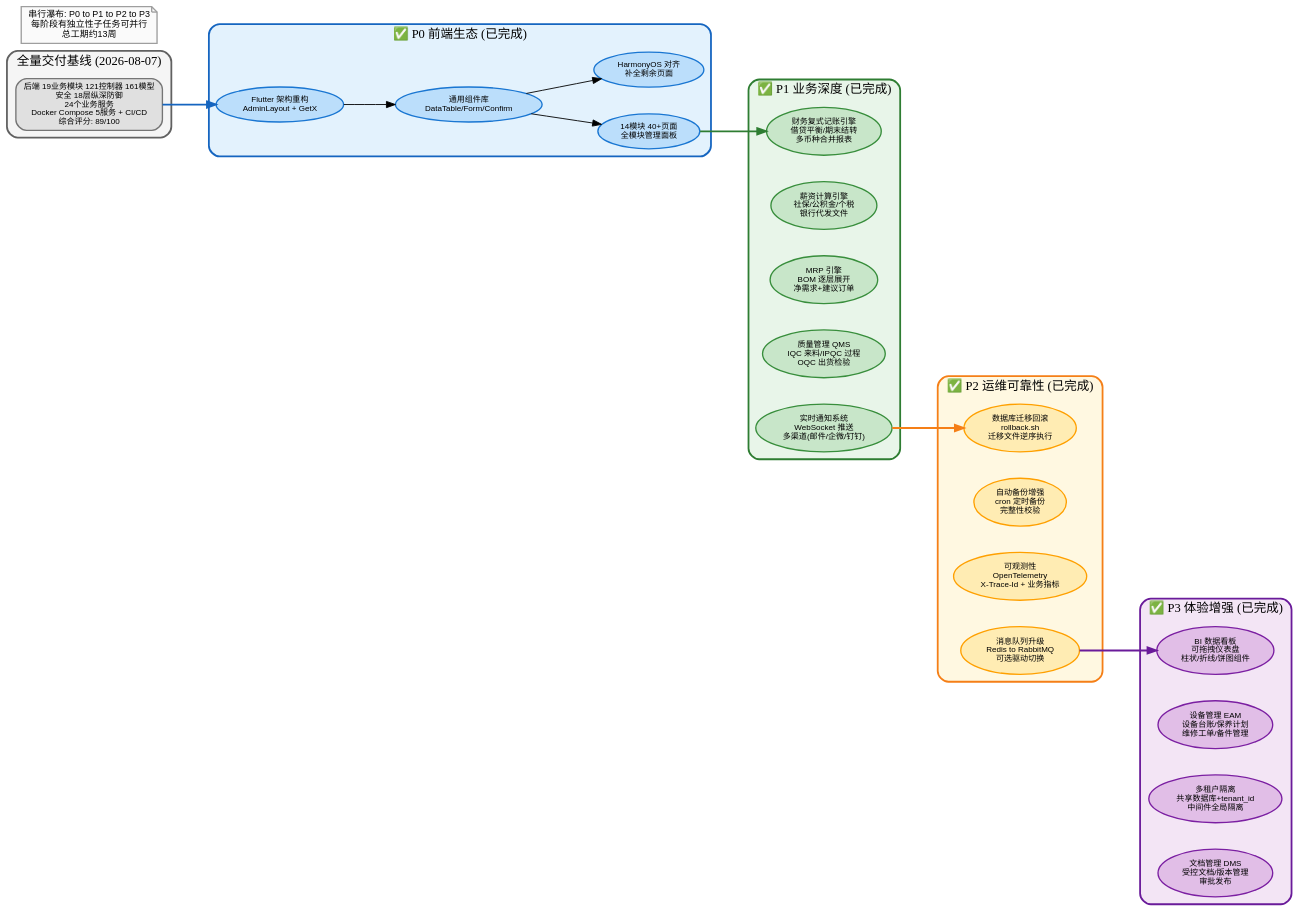
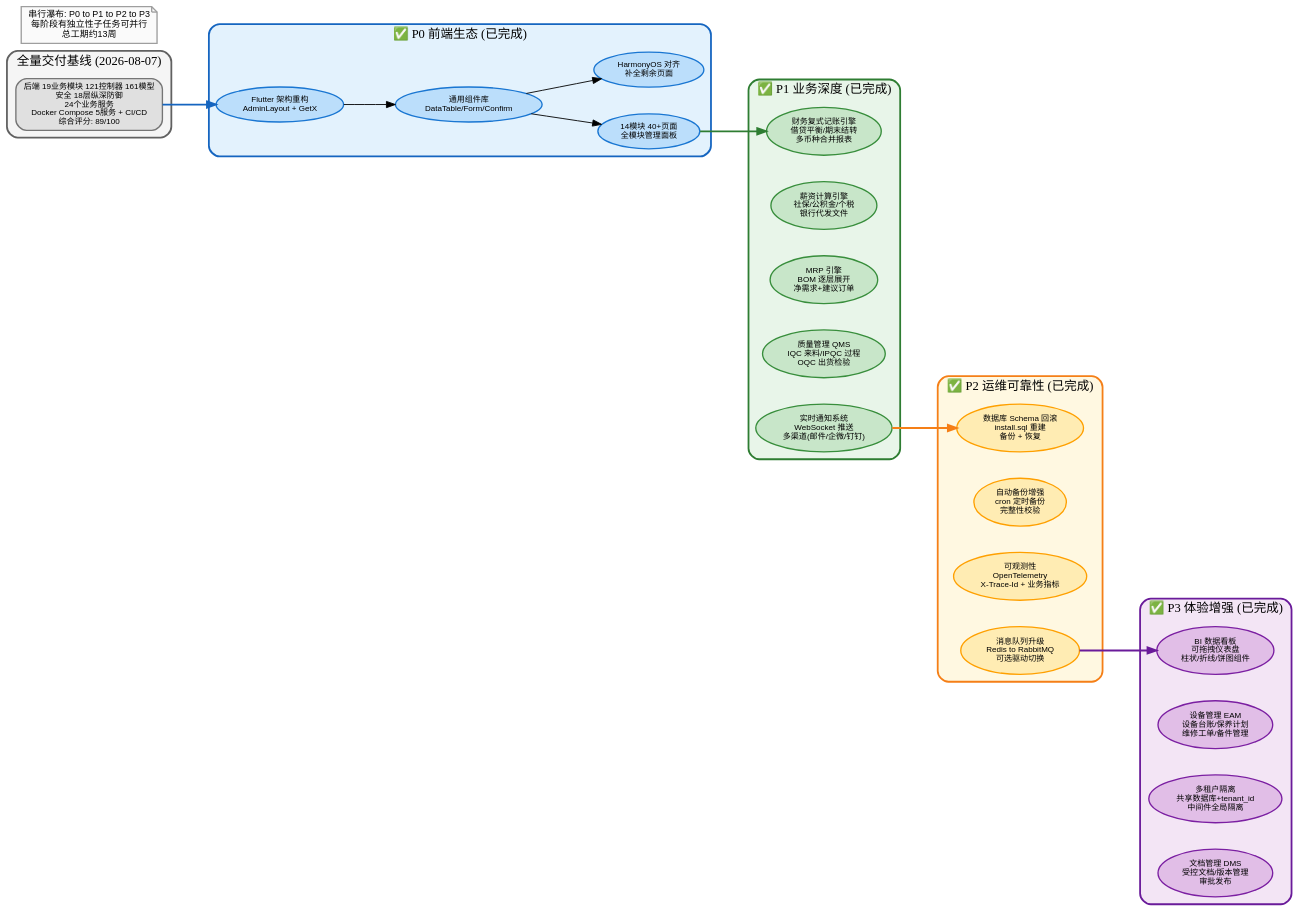
Before and after one commit to erikwang2013/erp-php: the diagram in docs/diagrams/roadmap-phases-cn.dot, drawn with Graphviz. The commit also changed 11 other files, not shown here.

```diff
--- a/docs/diagrams/roadmap-phases-cn.dot
+++ b/docs/diagrams/roadmap-phases-cn.dot
@@ -1,72 +1,72 @@
 digraph RoadmapPhasesCN {
     rankdir=LR;
     fontname="Arial";
     fontsize=14;
     bgcolor="transparent";
     nodesep=0.4;
     ranksep=0.8;
     compound=true;
 
     node [fontname="Arial", fontsize=10, style="filled,rounded", penwidth=1.5];
 
     subgraph cluster_p0 {
         label="✅ P0 前端生态 (已完成)";
         fontsize=14; fontname="Arial Bold";
         style="filled,rounded"; fillcolor="#e3f2fd"; color="#1565c0"; penwidth=2;
         node [fillcolor="#bbdefb", color="#1976d2", fontsize=9];
         p0a [label="Flutter 架构重构\nAdminLayout + GetX"];
         p0b [label="通用组件库\nDataTable/Form/Confirm"];
         p0c [label="14模块 40+页面\n全模块管理面板"];
         p0d [label="HarmonyOS 对齐\n补全剩余页面"];
         p0a -> p0b -> p0c; p0b -> p0d;
     }
 
     subgraph cluster_p1 {
         label="✅ P1 业务深度 (已完成)";
         fontsize=14; fontname="Arial Bold";
         style="filled,rounded"; fillcolor="#e8f5e9"; color="#2e7d32"; penwidth=2;
         node [fillcolor="#c8e6c9", color="#388e3c", fontsize=9];
         p1a [label="财务复式记账引擎\n借贷平衡/期末结转\n多币种合并报表"];
         p1b [label="薪资计算引擎\n社保/公积金/个税\n银行代发文件"];
         p1c [label="MRP 引擎\nBOM 逐层展开\n净需求+建议订单"];
         p1d [label="质量管理 QMS\nIQC 来料/IPQC 过程\nOQC 出货检验"];
         p1e [label="实时通知系统\nWebSocket 推送\n多渠道(邮件/企微/钉钉)"];
     }
 
     subgraph cluster_p2 {
         label="✅ P2 运维可靠性 (已完成)";
         fontsize=14; fontname="Arial Bold";
         style="filled,rounded"; fillcolor="#fff8e1"; color="#f57f17"; penwidth=2;
         node [fillcolor="#ffecb3", color="#ffa000", fontsize=9];
-        p2a [label="数据库迁移回滚\nrollback.sh\n迁移文件逆序执行"];
+        p2a [label="数据库 Schema 回滚\ninstall.sql 重建\n备份 + 恢复"];
         p2b [label="自动备份增强\ncron 定时备份\n完整性校验"];
         p2c [label="可观测性\nOpenTelemetry\nX-Trace-Id + 业务指标"];
         p2d [label="消息队列升级\nRedis to RabbitMQ\n可选驱动切换"];
     }
 
     subgraph cluster_p3 {
         label="✅ P3 体验增强 (已完成)";
         fontsize=14; fontname="Arial Bold";
         style="filled,rounded"; fillcolor="#f3e5f5"; color="#6a1b9a"; penwidth=2;
         node [fillcolor="#e1bee7", color="#7b1fa2", fontsize=9];
         p3a [label="BI 数据看板\n可拖拽仪表盘\n柱状/折线/饼图组件"];
         p3b [label="设备管理 EAM\n设备台账/保养计划\n维修工单/备件管理"];
         p3c [label="多租户隔离\n共享数据库+tenant_id\n中间件全局隔离"];
         p3d [label="文档管理 DMS\n受控文档/版本管理\n审批发布"];
     }
 
     subgraph cluster_current {
         label="全量交付基线 (2026-08-07)";
         fontsize=14; fontname="Arial Bold";
         style="filled,rounded"; fillcolor="#f5f5f5"; color="#616161"; penwidth=2;
         node [fillcolor="#e0e0e0", color="#757575", fontsize=9, shape="box"];
         cur [label="后端 19业务模块 121控制器 161模型\n安全 18层纵深防御\n24个业务服务\nDocker Compose 5服务 + CI/CD\n综合评分: 89/100"];
     }
 
     cur -> p0a [color="#1565c0", penwidth=2];
     p0c -> p1a [color="#2e7d32", penwidth=2];
     p1e -> p2a [color="#f57f17", penwidth=2];
     p2d -> p3a [color="#6a1b9a", penwidth=2];
 
     legend [label="串行瀑布: P0 to P1 to P2 to P3\n每阶段有独立性子任务可并行\n总工期约13周", shape="note", fillcolor="#fafafa", color="#9e9e9e", fontsize=10];
 }
```
